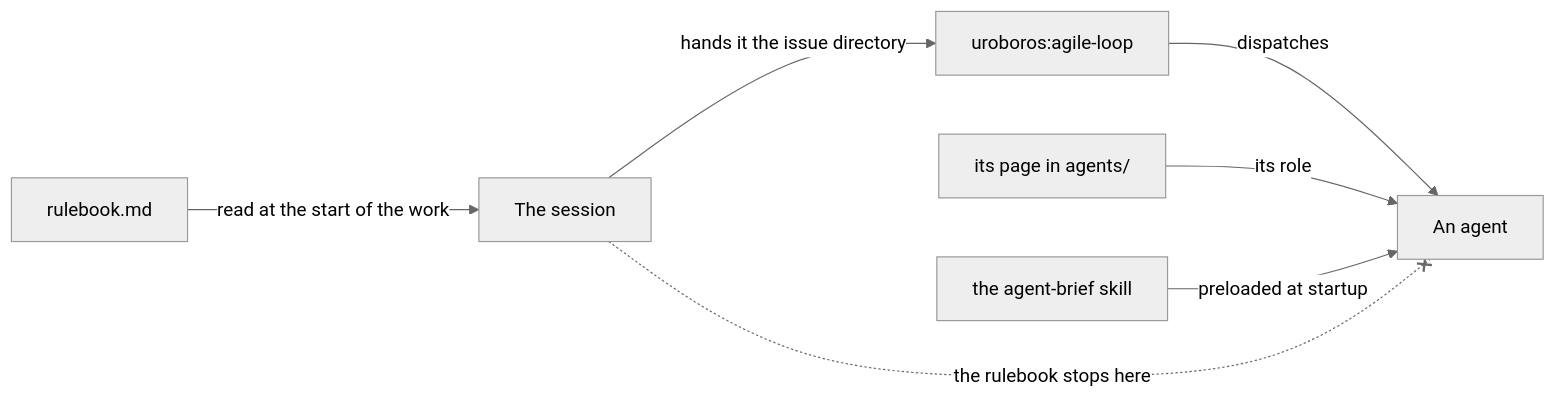
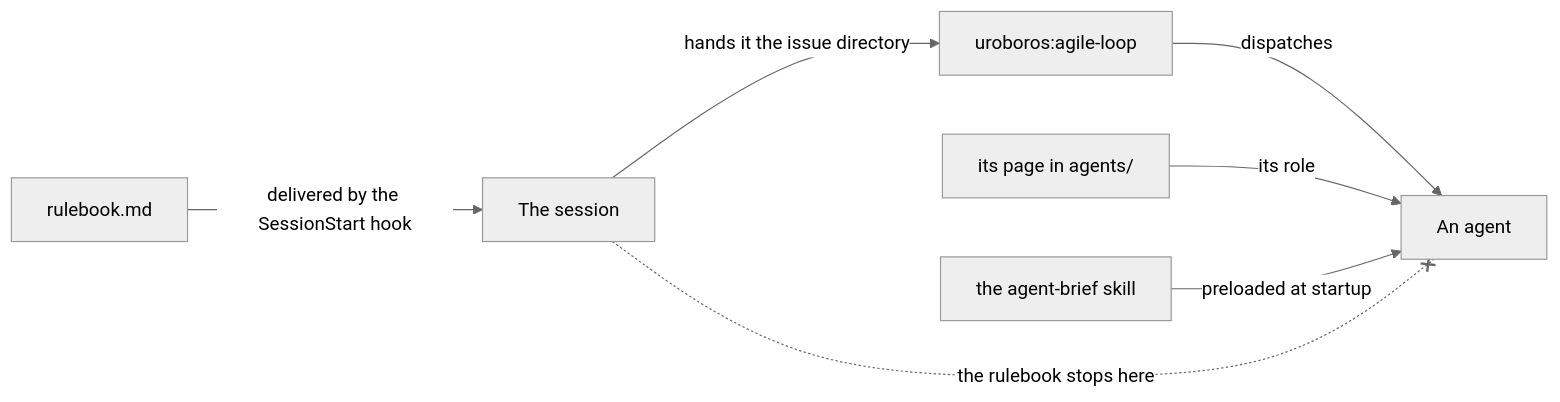
Before and after one commit to artkoenig/athena: the third of 4 diagrams in README.md, drawn with Mermaid (neutral theme). The commit also changed other lines of this file and 4 other files, not shown here.

````diff
--- a/README.md
+++ b/README.md
@@ -183,9 +187,9 @@
 ```mermaid
 flowchart LR
-    RB["rulebook.md"] -->|"read at the start of the work"| S["The session"]
+    RB["rulebook.md"] -->|"delivered by the SessionStart hook"| S["The session"]
     S -->|"hands it the issue directory"| WF["uroboros:agile-loop"]
     WF -->|"dispatches"| A["An agent"]
     PAGE["its page in agents/"] -->|"its role"| A
     BRIEF["the agent-brief skill"] -->|"preloaded at startup"| A
     S -. "the rulebook stops here" .-x A
 ```
````
